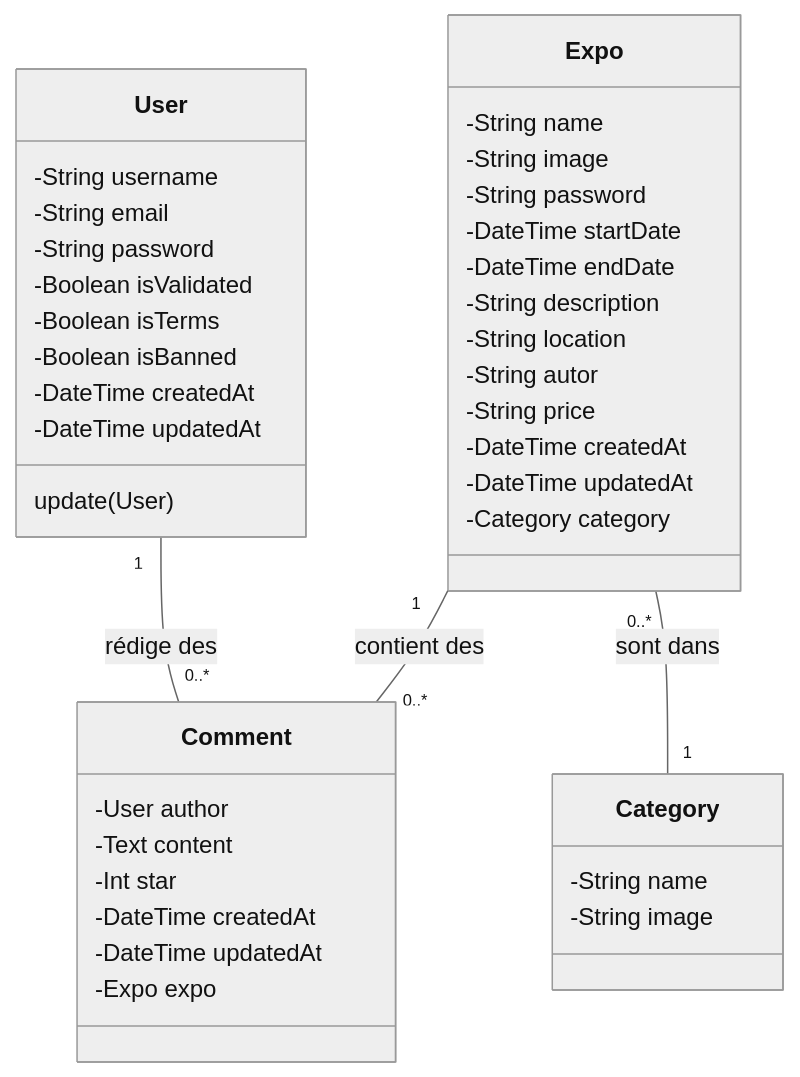
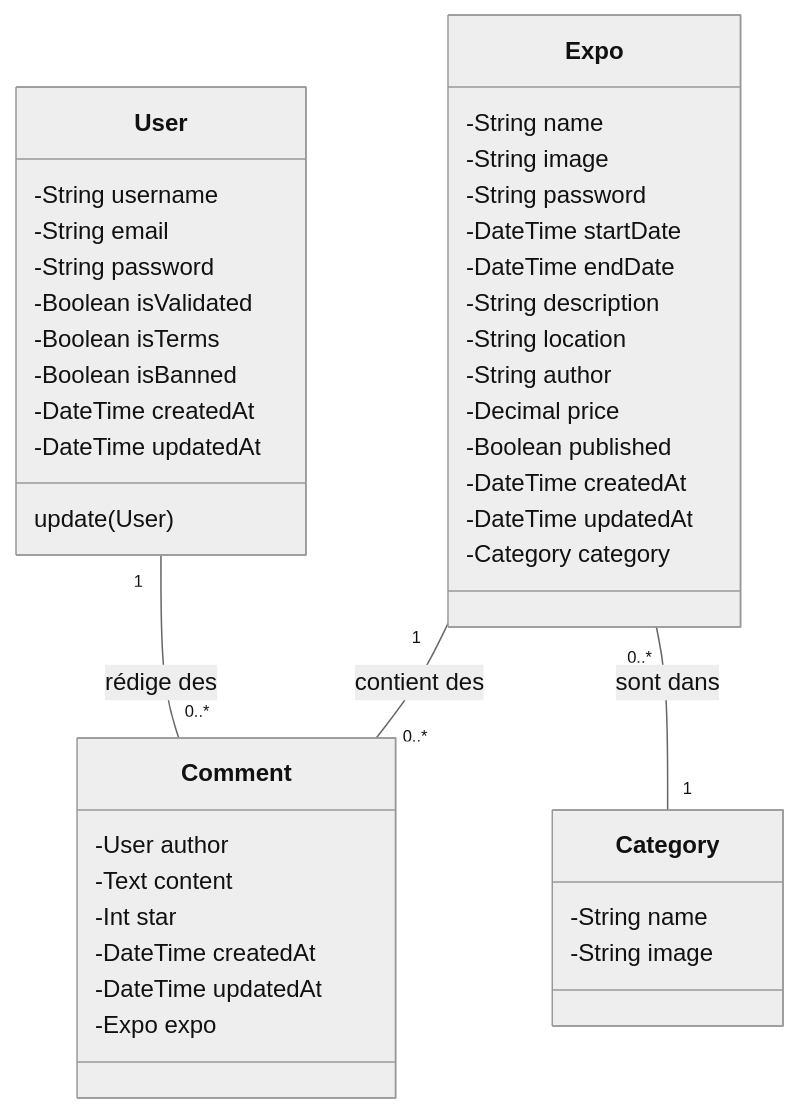
The diagram in classes.md (ThanhJL/road-to-uml), drawn with Mermaid (neutral theme) before and after one commit. The commit also changed 1 other file, not shown here.

Commit message:
Correction des attributs de la classe Expo et ajout des diagrammes d'administration dans les séquences.

````diff
--- a/classes.md
+++ b/classes.md
@@ -5,49 +5,50 @@
 ```mermaid
 
 classDiagram 
     class User {
         -String username
         -String email
         -String password
         -Boolean isValidated
         -Boolean isTerms
         -Boolean isBanned
         -DateTime createdAt
         -DateTime updatedAt
         update(User )
     }
 
     class Expo {
         -String name
         -String image
         -String password
         -DateTime startDate
         -DateTime endDate
         -String description
         -String location
-        -String autor
-        -String price
+        -String author
+        -Decimal price
+        -Boolean published
         -DateTime createdAt
         -DateTime updatedAt
         -Category category
     }
     
     class Category {
         -String name
         -String image
     }
 
     class Comment {
         -User author
         -Text content
         -Int star
         -DateTime createdAt
         -DateTime updatedAt
         -Expo expo
     }
 
     User "1" -- "0..*" Comment: rédige des
     Expo "1" -- "0..*" Comment: contient des
     Expo "0..*" -- "1" Category: sont dans 
 
 ```
````
